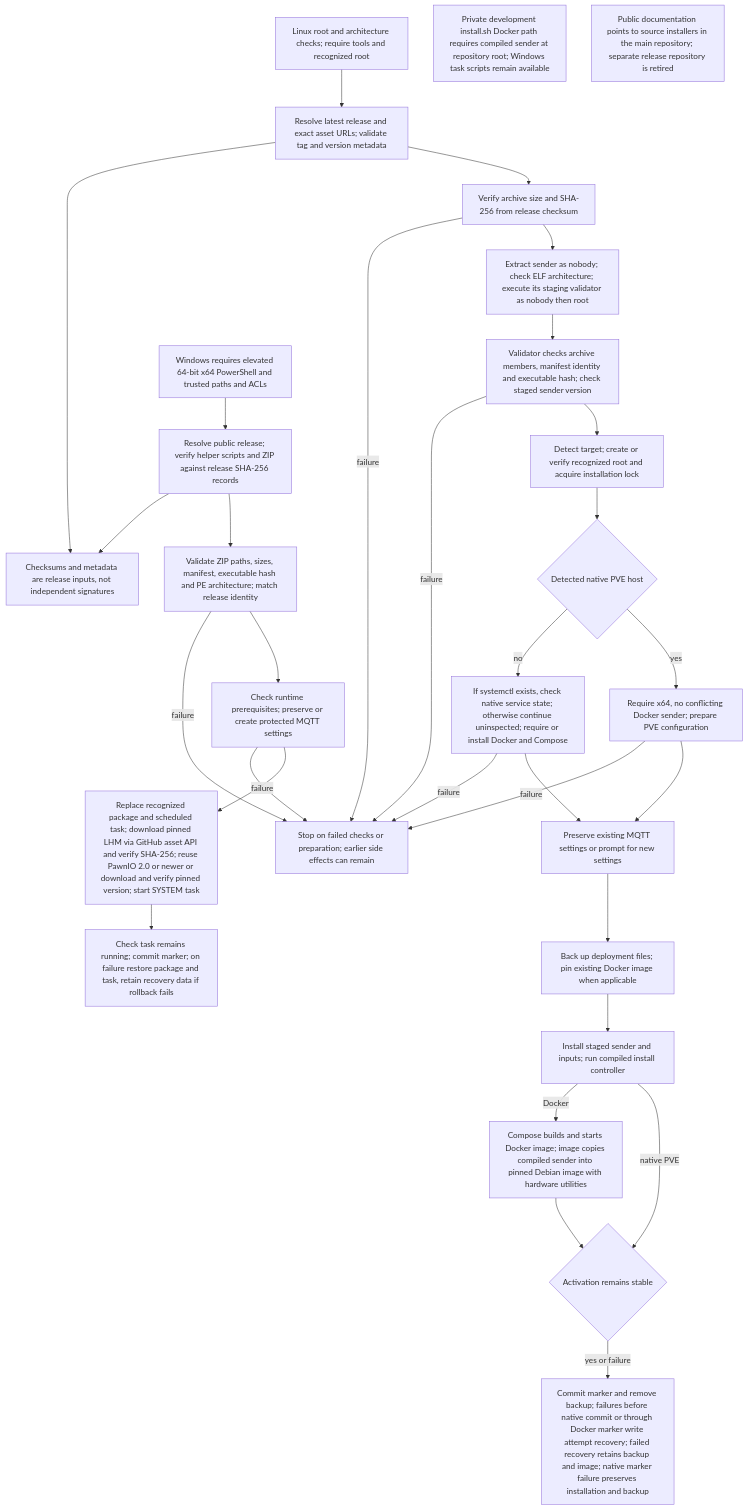
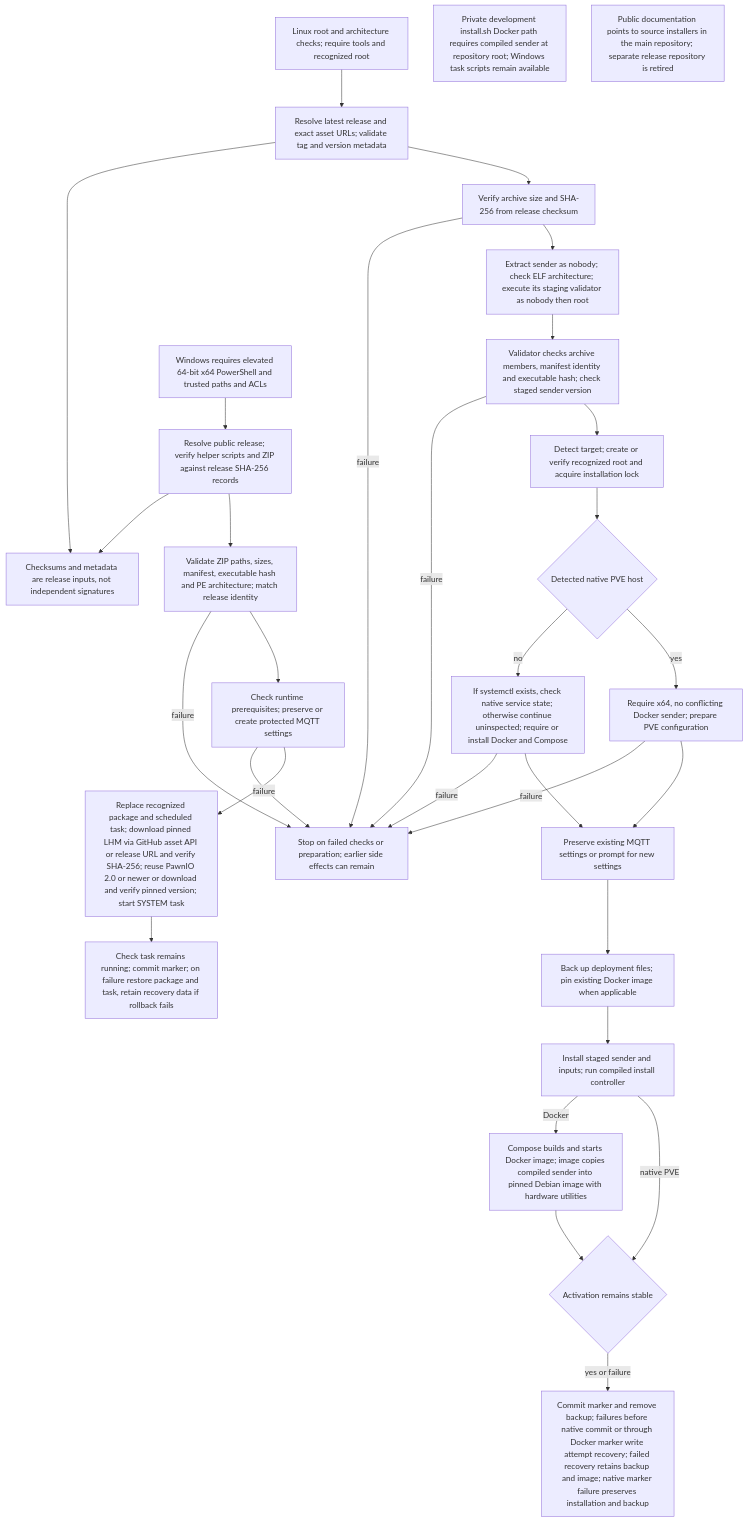
Before and after one commit to KarlSideProjects/hwmonitor-mqtt: the diagram in docs/flows/sender.distribution.mmd, drawn with Mermaid. The commit also changed 11 other files, not shown here.

```diff
--- a/docs/flows/sender.distribution.mmd
+++ b/docs/flows/sender.distribution.mmd
@@ -1,55 +1,55 @@
 flowchart TD
     A["Linux root and architecture checks; require tools and recognized root"]
     B["Resolve latest release and exact asset URLs; validate tag and version metadata"]
     C["Verify archive size and SHA-256 from release checksum"]
     D["Extract sender as nobody; check ELF architecture; execute its staging validator as nobody then root"]
     E["Validator checks archive members, manifest identity and executable hash; check staged sender version"]
     F{"Detected native PVE host"}
     G["Require x64, no conflicting Docker sender; prepare PVE configuration"]
     H["If systemctl exists, check native service state; otherwise continue uninspected; require or install Docker and Compose"]
     I["Preserve existing MQTT settings or prompt for new settings"]
     J["Back up deployment files; pin existing Docker image when applicable"]
     K["Install staged sender and inputs; run compiled install controller"]
     L{"Activation remains stable"}
     M["Commit marker and remove backup; failures before native commit or through Docker marker write attempt recovery; failed recovery retains backup and image; native marker failure preserves installation and backup"]
     N["Windows requires elevated 64-bit x64 PowerShell and trusted paths and ACLs"]
     O["Resolve public release; verify helper scripts and ZIP against release SHA-256 records"]
     P["Validate ZIP paths, sizes, manifest, executable hash and PE architecture; match release identity"]
     Q["Check runtime prerequisites; preserve or create protected MQTT settings"]
-    R["Replace recognized package and scheduled task; download pinned LHM via GitHub asset API and verify SHA-256; reuse PawnIO 2.0 or newer or download and verify pinned version; start SYSTEM task"]
+    R["Replace recognized package and scheduled task; download pinned LHM via GitHub asset API or release URL and verify SHA-256; reuse PawnIO 2.0 or newer or download and verify pinned version; start SYSTEM task"]
     S["Check task remains running; commit marker; on failure restore package and task, retain recovery data if rollback fails"]
     T["Compose builds and starts Docker image; image copies compiled sender into pinned Debian image with hardware utilities"]
     U["Private development install.sh Docker path requires compiled sender at repository root; Windows task scripts remain available"]
     V["Public documentation points to source installers in the main repository; separate release repository is retired"]
     W["Checksums and metadata are release inputs, not independent signatures"]
     X["Stop on failed checks or preparation; earlier side effects can remain"]
     Y["Detect target; create or verify recognized root and acquire installation lock"]
     A --> B
     B --> C
     C --> D
     D --> E
     E --> Y
     Y --> F
     F -->|yes| G
     G --> I
     F -->|no| H
     H --> I
     I --> J
     J --> K
     K -->|native PVE| L
     K -->|Docker| T
     T --> L
     L -->|yes or failure| M
     N --> O
     O --> P
     P --> Q
     Q --> R
     R --> S
     B --> W
     O --> W
     C -->|failure| X
     E -->|failure| X
     G -->|failure| X
     H -->|failure| X
     P -->|failure| X
     Q -->|failure| X
```
